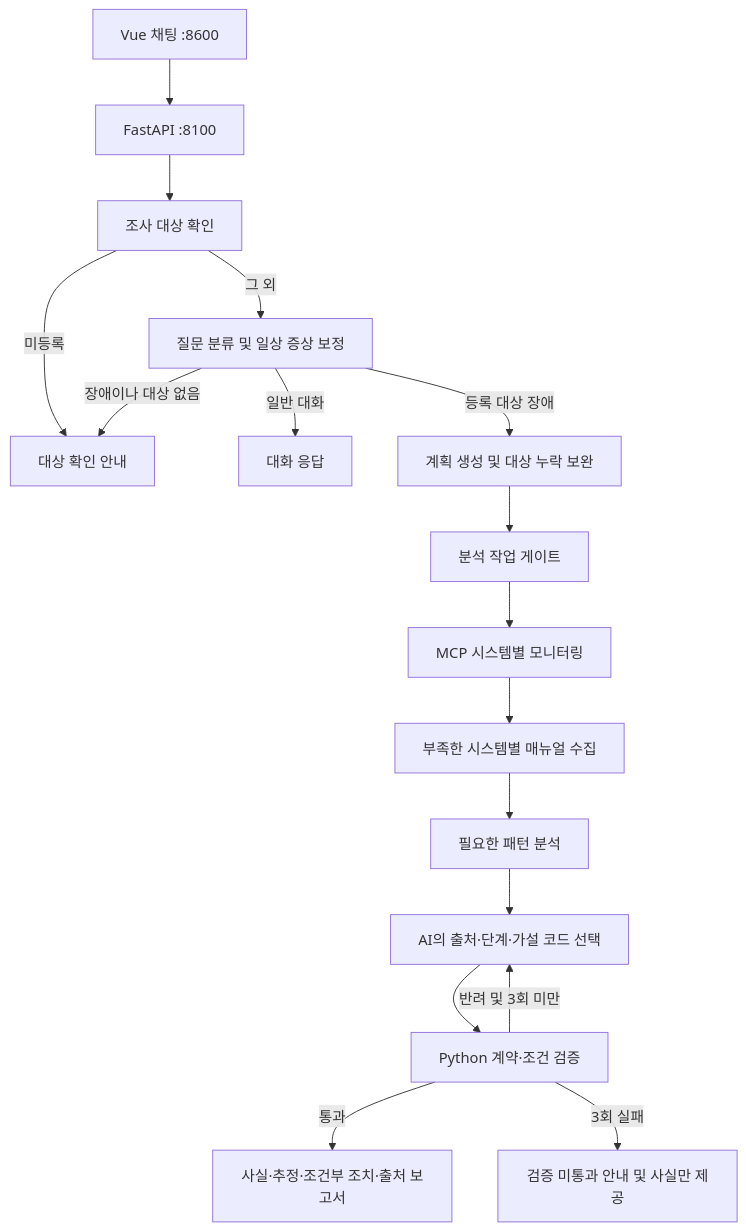
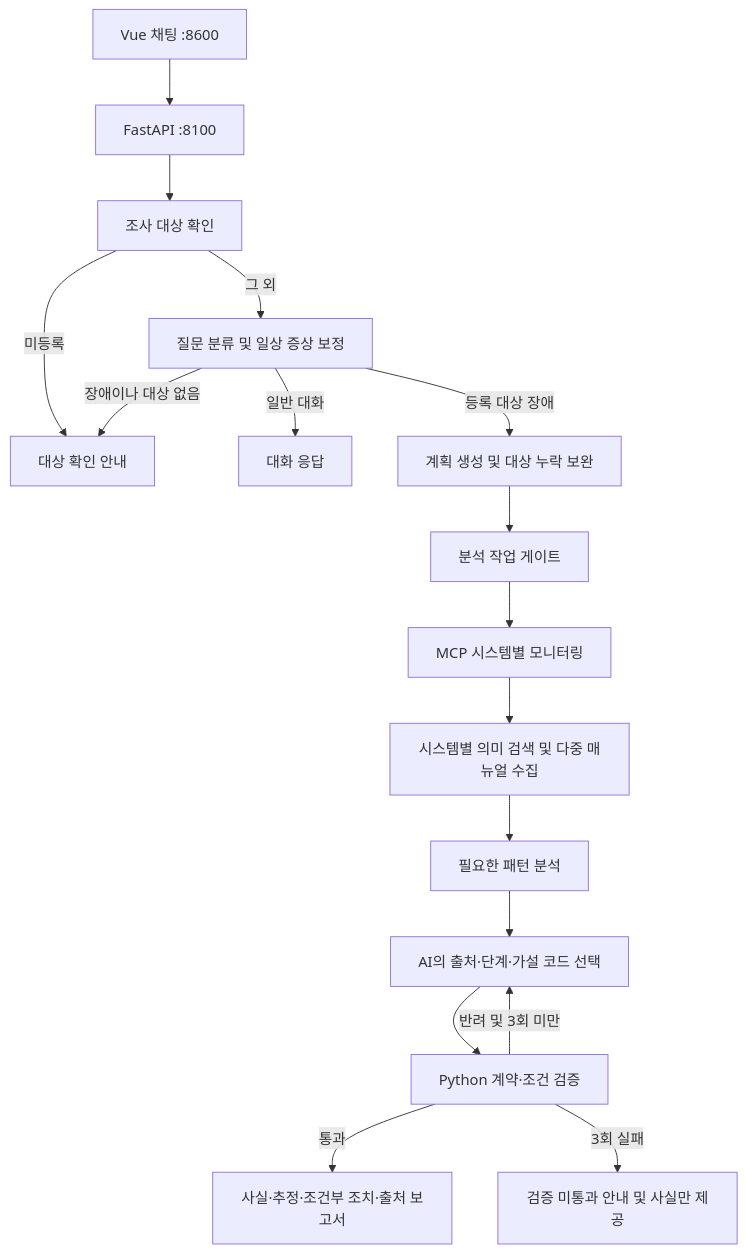
The diagram in docs/프로젝트_보고서.md (J5-K/incident-agent-improvement), drawn with Mermaid before and after one commit. The commit also changed other lines of this file and 21 other files, not shown here.

````diff
--- a/docs/프로젝트_보고서.md
+++ b/docs/프로젝트_보고서.md
@@ -28,19 +28,19 @@
 ```mermaid
 flowchart TD
     U[Vue 채팅 :8600] --> API[FastAPI :8100]
     API --> T[조사 대상 확인]
     T -->|미등록| Q[대상 확인 안내]
     T -->|그 외| R[질문 분류 및 일상 증상 보정]
     R -->|일반 대화| C[대화 응답]
     R -->|장애이나 대상 없음| Q
     R -->|등록 대상 장애| P[계획 생성 및 대상 누락 보완]
     P --> G[분석 작업 게이트]
     G --> M[MCP 시스템별 모니터링]
-    M --> B[부족한 시스템별 매뉴얼 수집]
+    M --> B[시스템별 의미 검색 및 다중 매뉴얼 수집]
     B --> A[필요한 패턴 분석]
     A --> W[AI의 출처·단계·가설 코드 선택]
     W --> V[Python 계약·조건 검증]
     V -->|반려 및 3회 미만| W
     V -->|통과| F[사실·추정·조건부 조치·출처 보고서]
     V -->|3회 실패| S[검증 미통과 안내 및 사실만 제공]
 ```
````
